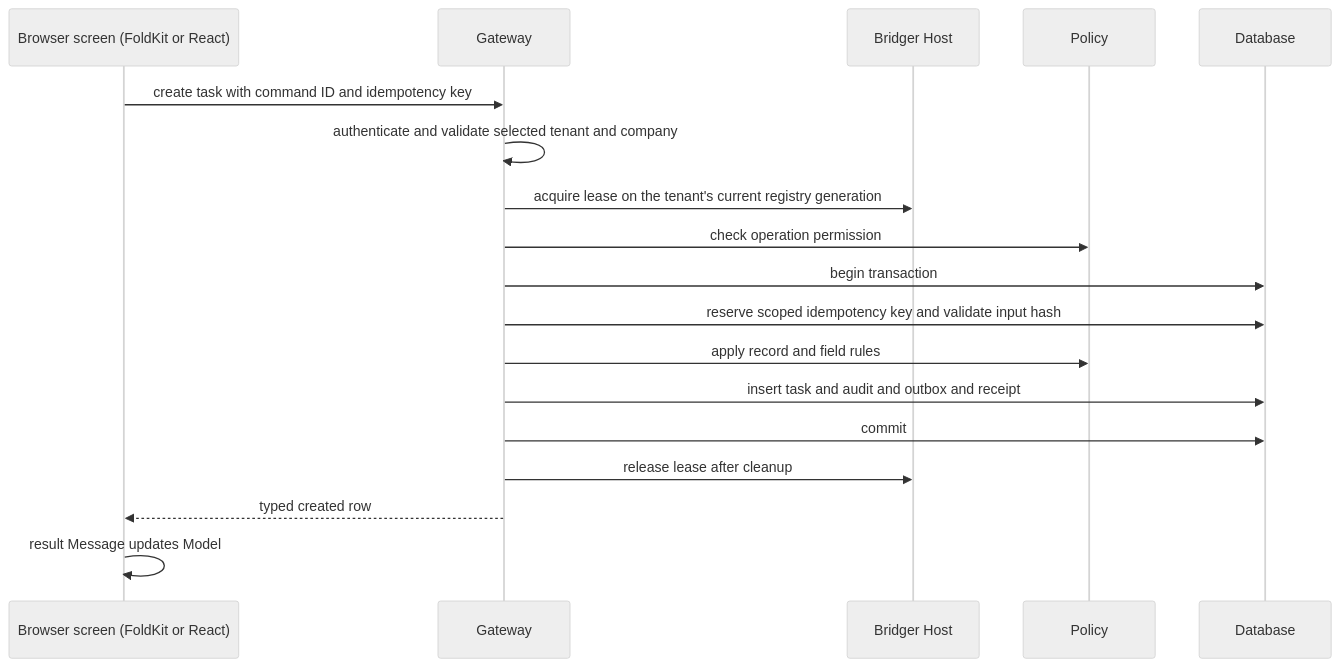
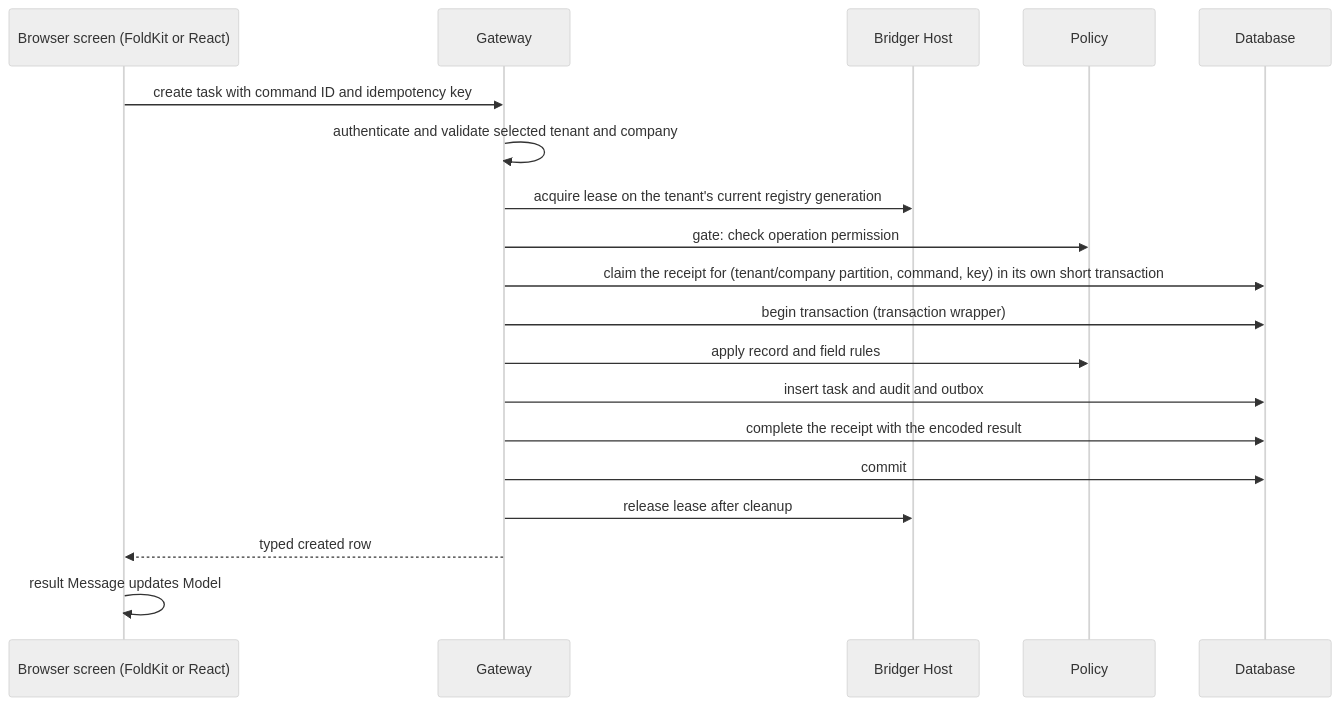
One commit to leaderiop/Bridger changed the second of 3 diagrams in docs/ERP-SPEC.md. Above: the diagram before and after it, drawn with Mermaid (neutral theme). The commit also changed other lines of this file and 173 other files, not shown here.

````diff
--- a/docs/ERP-SPEC.md
+++ b/docs/ERP-SPEC.md
@@ -159,21 +161,22 @@
 ```mermaid
 sequenceDiagram
     participant UI as Browser screen (FoldKit or React)
     participant API as Gateway
     participant Host as Bridger Host
     participant Policy as Policy
     participant DB as Database
 
     UI->>API: create task with command ID and idempotency key
     API->>API: authenticate and validate selected tenant and company
     API->>Host: acquire lease on the tenant's current registry generation
-    API->>Policy: check operation permission
-    API->>DB: begin transaction
-    API->>DB: reserve scoped idempotency key and validate input hash
+    API->>Policy: gate: check operation permission
+    API->>DB: claim the receipt for (tenant/company partition, command, key) in its own short transaction
+    API->>DB: begin transaction (transaction wrapper)
     API->>Policy: apply record and field rules
-    API->>DB: insert task and audit and outbox and receipt
+    API->>DB: insert task and audit and outbox
+    API->>DB: complete the receipt with the encoded result
     API->>DB: commit
     API->>Host: release lease after cleanup
     API-->>UI: typed created row
     UI->>UI: result Message updates Model
 ```
````
